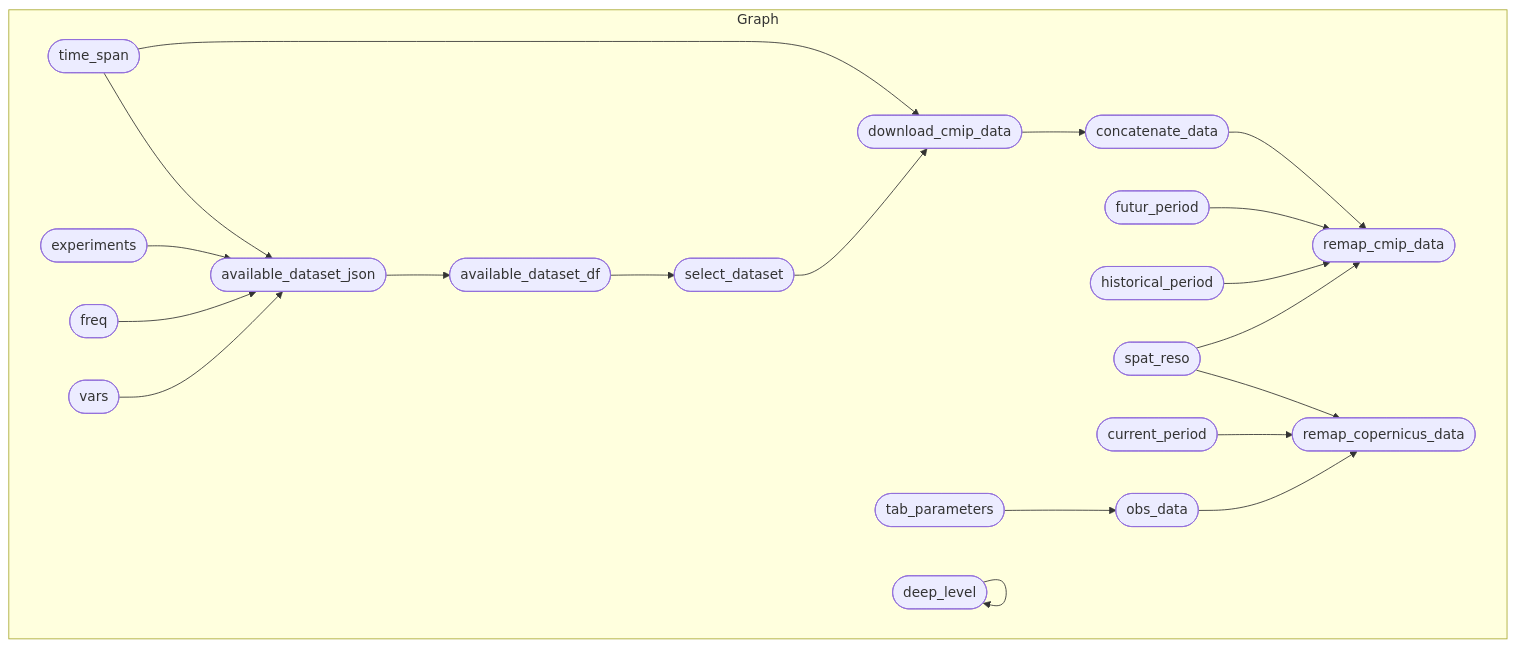
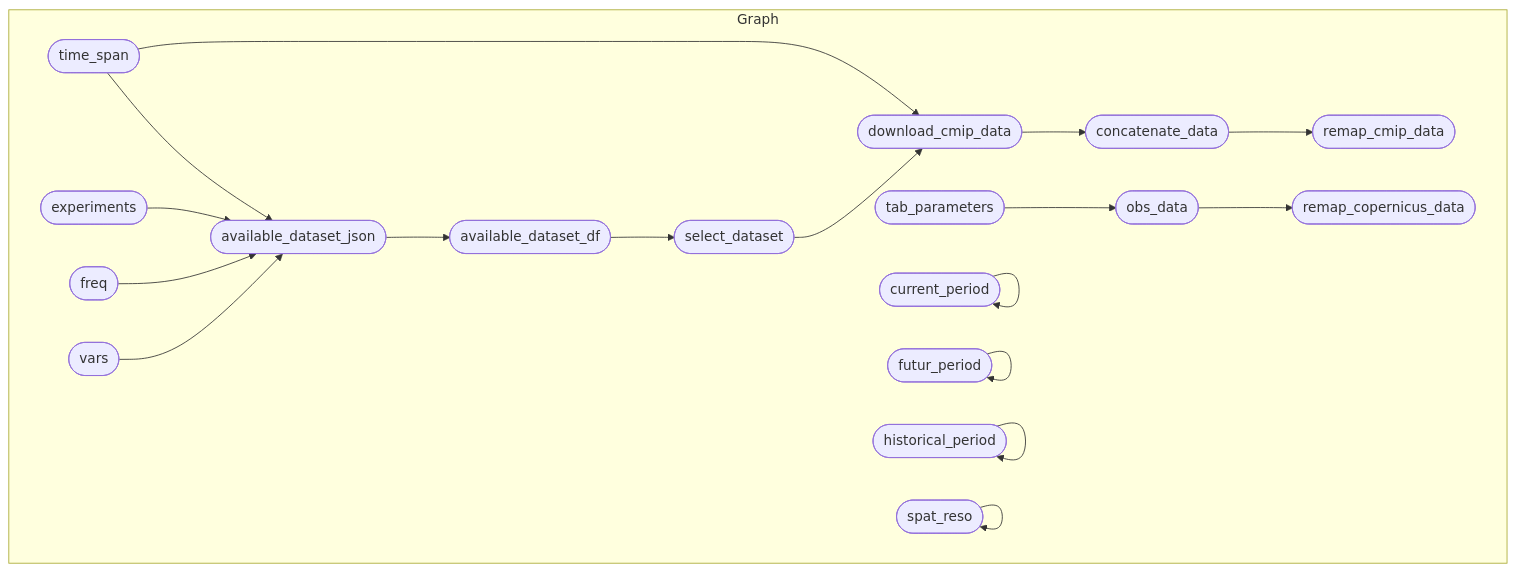
Before and after one commit to r-fernandezz/downshape: the diagram in README.md, drawn with Mermaid. The commit also changed other lines of this file and 1 other file, not shown here.

Commit message:
📝 DOC: update outputs structure

````diff
--- a/README.md
+++ b/README.md
@@ -22,24 +22,22 @@
 ``` mermaid
 graph LR
   subgraph Graph
     direction LR
     x3f5ab24ee8d242b4(["select_dataset"]):::outdated --> xba5d8678b6176d68(["download_cmip_data"]):::outdated
-    x2c0118dd07b06ac8(["time_span"]):::outdated --> xba5d8678b6176d68(["download_cmip_data"]):::outdated
-    x6fcf9b0e7fc429ff(["available_dataset_json"]):::outdated --> xe895740a9b7896f7(["available_dataset_df"]):::outdated
+    x2c0118dd07b06ac8(["time_span"]):::uptodate --> xba5d8678b6176d68(["download_cmip_data"]):::outdated
+    x6fcf9b0e7fc429ff(["available_dataset_json"]):::uptodate --> xe895740a9b7896f7(["available_dataset_df"]):::uptodate
     x96804873c73726bd(["concatenate_data"]):::outdated --> x160e3ae24bfccc51(["remap_cmip_data"]):::outdated
-    xbce5cad1cf7e7103(["futur_period"]):::outdated --> x160e3ae24bfccc51(["remap_cmip_data"]):::outdated
-    x57dd1d5e854c11b6(["historical_period"]):::outdated --> x160e3ae24bfccc51(["remap_cmip_data"]):::outdated
-    xe73cbbcc20086ecd(["spat_reso"]):::outdated --> x160e3ae24bfccc51(["remap_cmip_data"]):::outdated
-    xac02e5e58926353b(["experiments"]):::outdated --> x6fcf9b0e7fc429ff(["available_dataset_json"]):::outdated
-    x906e78a8df9f52cb(["freq"]):::outdated --> x6fcf9b0e7fc429ff(["available_dataset_json"]):::outdated
-    x2c0118dd07b06ac8(["time_span"]):::outdated --> x6fcf9b0e7fc429ff(["available_dataset_json"]):::outdated
-    x8f15ec77b8dbd81a(["vars"]):::outdated --> x6fcf9b0e7fc429ff(["available_dataset_json"]):::outdated
-    xe895740a9b7896f7(["available_dataset_df"]):::outdated --> x3f5ab24ee8d242b4(["select_dataset"]):::outdated
-    x084994fb0e480676(["current_period"]):::outdated --> x8bfa010e2da6177f(["remap_copernicus_data"]):::outdated
-    xd7bca5ba4e5f539d(["obs_data"]):::outdated --> x8bfa010e2da6177f(["remap_copernicus_data"]):::outdated
-    xe73cbbcc20086ecd(["spat_reso"]):::outdated --> x8bfa010e2da6177f(["remap_copernicus_data"]):::outdated
+    xac02e5e58926353b(["experiments"]):::uptodate --> x6fcf9b0e7fc429ff(["available_dataset_json"]):::uptodate
+    x906e78a8df9f52cb(["freq"]):::uptodate --> x6fcf9b0e7fc429ff(["available_dataset_json"]):::uptodate
+    x2c0118dd07b06ac8(["time_span"]):::uptodate --> x6fcf9b0e7fc429ff(["available_dataset_json"]):::uptodate
+    x8f15ec77b8dbd81a(["vars"]):::uptodate --> x6fcf9b0e7fc429ff(["available_dataset_json"]):::uptodate
+    xe895740a9b7896f7(["available_dataset_df"]):::uptodate --> x3f5ab24ee8d242b4(["select_dataset"]):::outdated
+    xd7bca5ba4e5f539d(["obs_data"]):::uptodate --> x8bfa010e2da6177f(["remap_copernicus_data"]):::errored
     xba5d8678b6176d68(["download_cmip_data"]):::outdated --> x96804873c73726bd(["concatenate_data"]):::outdated
-    x4301c707c2ab0cdc(["tab_parameters"]):::outdated --> xd7bca5ba4e5f539d(["obs_data"]):::outdated
-    x625f066a5f205ec8(["deep_level"]):::outdated --> x625f066a5f205ec8(["deep_level"]):::outdated
+    x4301c707c2ab0cdc(["tab_parameters"]):::uptodate --> xd7bca5ba4e5f539d(["obs_data"]):::uptodate
+    x084994fb0e480676(["current_period"]):::uptodate --> x084994fb0e480676(["current_period"]):::uptodate
+    xbce5cad1cf7e7103(["futur_period"]):::uptodate --> xbce5cad1cf7e7103(["futur_period"]):::uptodate
+    x57dd1d5e854c11b6(["historical_period"]):::uptodate --> x57dd1d5e854c11b6(["historical_period"]):::uptodate
+    xe73cbbcc20086ecd(["spat_reso"]):::uptodate --> xe73cbbcc20086ecd(["spat_reso"]):::uptodate
   end
 ```
````
